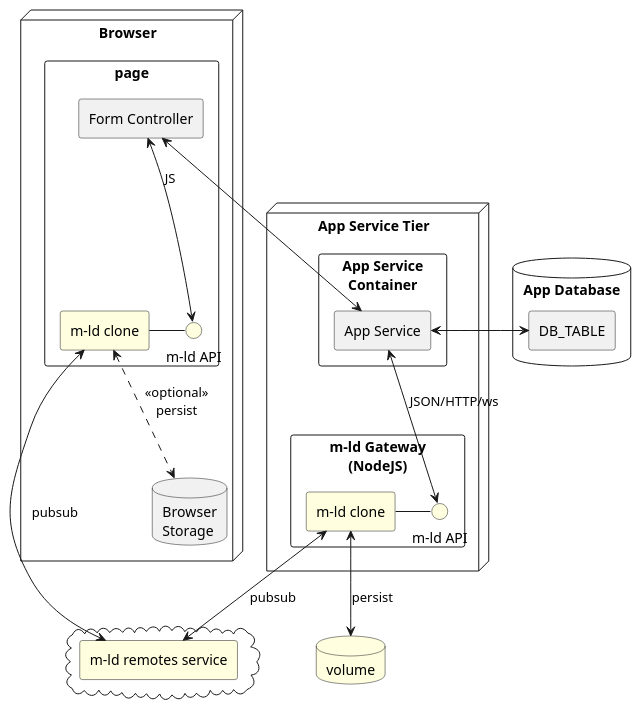
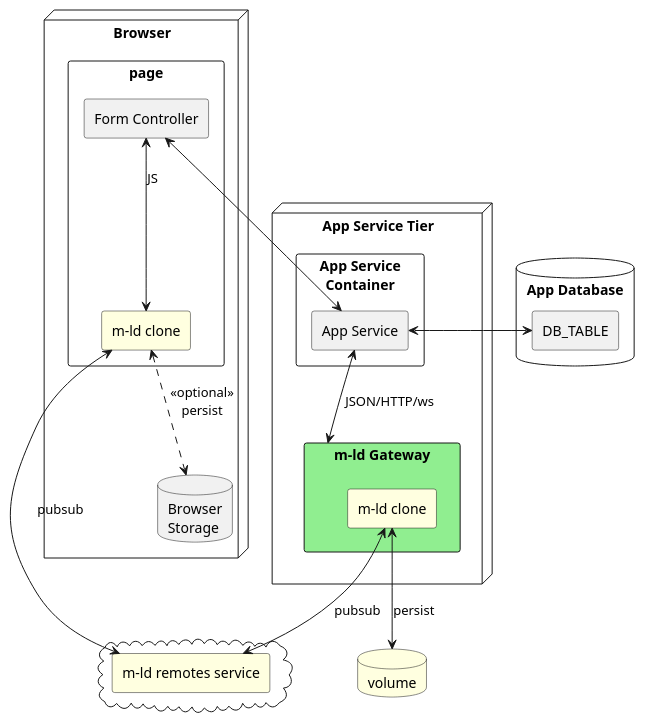
The diagram in architecture/deploy/local-app.component.puml (m-ld/m-ld-gateway), drawn with PlantUML before and after one commit. The commit also changed 27 other files, not shown here.

Commit message:
#1: Subdomain clone implementation ready for HTTP API implementation

```diff
--- a/architecture/deploy/local-app.component.puml
+++ b/architecture/deploy/local-app.component.puml
@@ -1,45 +1,41 @@
 @startuml
 'https://plantuml.com/component-diagram
 skinparam componentStyle rectangle
 
 node Browser {
   database "Browser\nStorage" as bs
   component page {
     component "m-ld clone" as jsClone #lightyellow
-    interface "m-ld API" as mldAPI #lightyellow
     jsClone <..> bs : <<optional>>\npersist
-    jsClone - mldAPI
     component "Form Controller" as form
-    form <--> mldAPI : JS
+    form <--> jsClone : JS
   }
 }
 
 node "App Service Tier" {
   component "App Service\nContainer" {
     component [App Service] as app
   }
-  component "m-ld Gateway\n(NodeJS)" as gw {
+  component "m-ld Gateway" as gw #lightgreen {
     component "m-ld clone" as gwClone #lightyellow
-    interface "m-ld API" as gwCloneAPI #lightyellow
-    gwClone - gwCloneAPI
   }
 }
 
 database volume #lightyellow
 
 cloud {
   component "m-ld remotes service" as remotes #lightyellow
 }
 
 database "App Database" {
   [DB_TABLE]
 }
 
 form <--> app
-app <--> gwCloneAPI : JSON/HTTP/ws
+app <--> gw : JSON/HTTP/ws
 app <-> DB_TABLE
 jsClone <--> remotes : pubsub
 gwClone <--> volume : persist
 gwClone <--> remotes : pubsub
 
 @enduml
```
